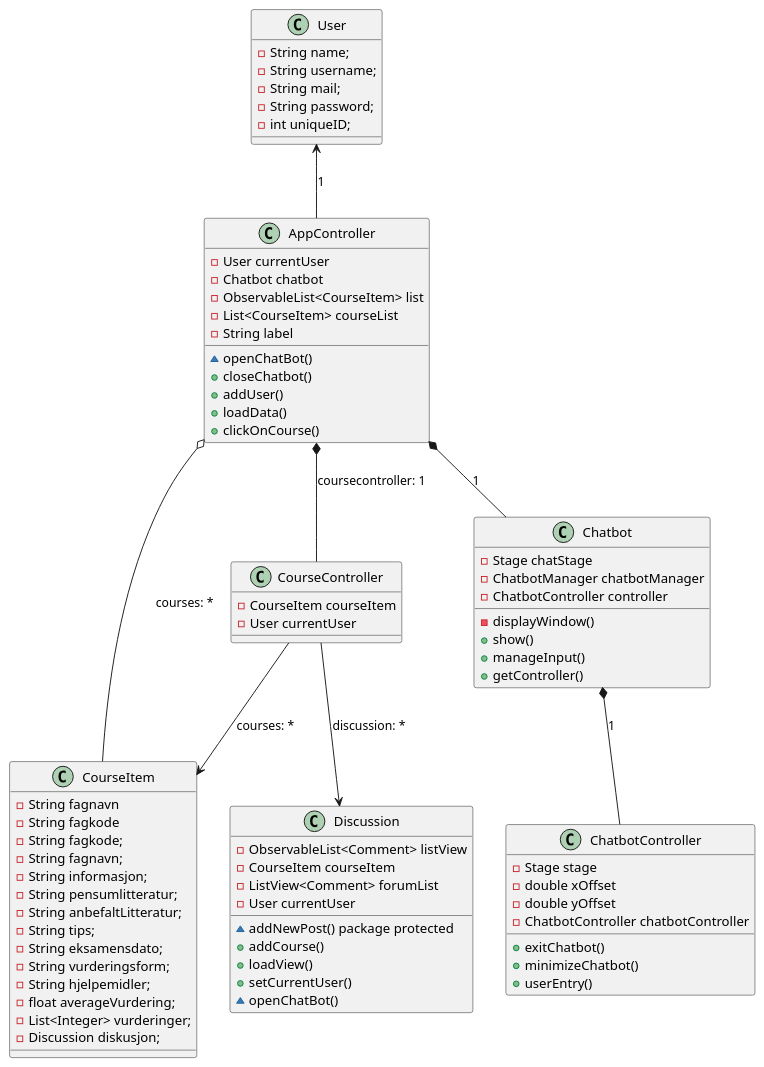
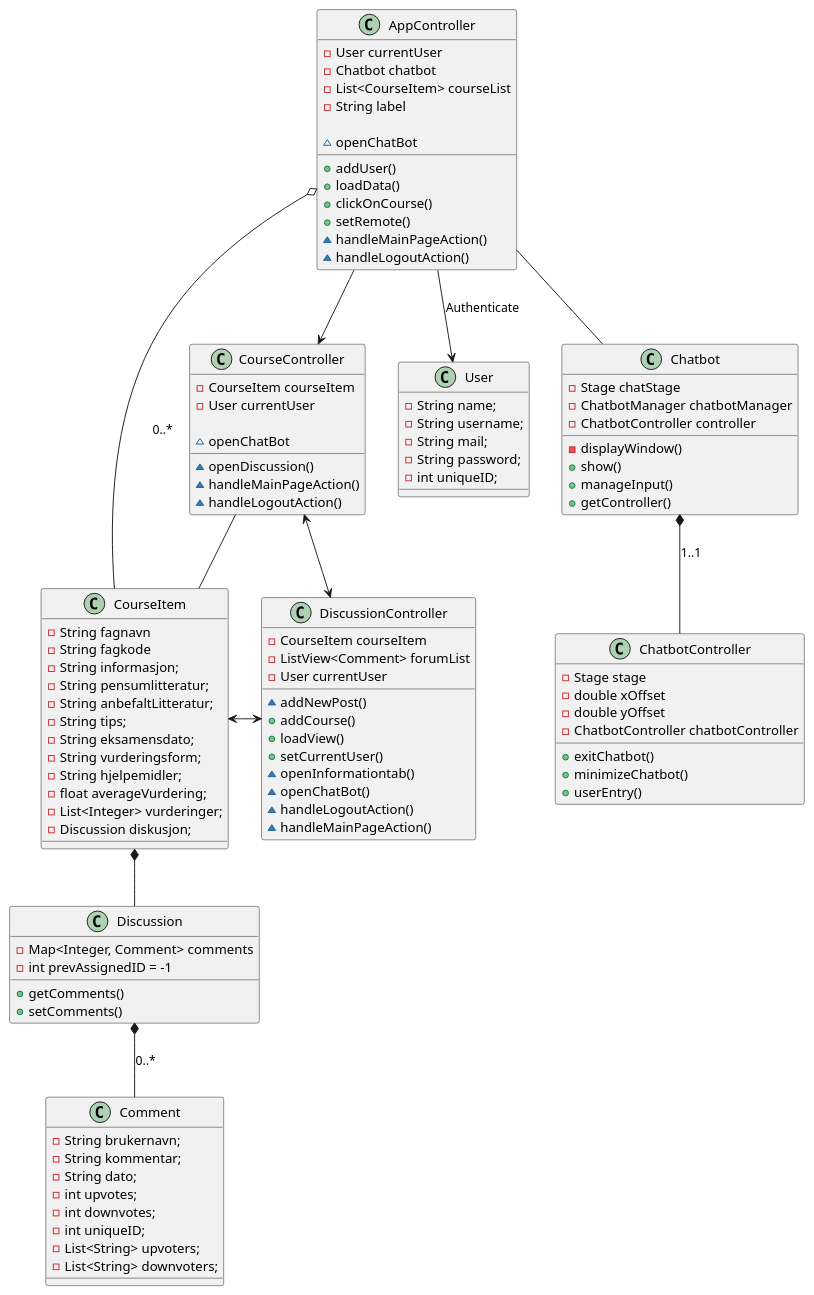
The diagram in StudIt/classDiagram.puml (hakonbjork/StudIt), drawn with PlantUML before and after one commit.

Commit message:
#70 updated class diagram

```diff
--- a/StudIt/classDiagram.puml
+++ b/StudIt/classDiagram.puml
@@ -1,98 +1,124 @@
 @startuml
 class CourseItem {
   - String fagnavn
   - String fagkode
-  - String fagkode;
-  - String fagnavn;
   - String informasjon;
   - String pensumlitteratur;
   - String anbefaltLitteratur;
   - String tips;
   - String eksamensdato;
   - String vurderingsform;
   - String hjelpemidler;
   - float averageVurdering;
   - List<Integer> vurderinger;
   - Discussion diskusjon;
 }
 
 
 class CourseController {
   - CourseItem courseItem
   - User currentUser
 
+  ~ openDiscussion()
+  ~ openChatBot
+  ~ handleMainPageAction()
+  ~ handleLogoutAction()
 }
 
 
-class Discussion {
-    - ObservableList<Comment> listView
+class DiscussionController {
     - CourseItem courseItem
     - ListView<Comment> forumList
     - User currentUser
 
-    ~ addNewPost() package protected
+    ~ addNewPost() 
     + addCourse()
     + loadView()
     + setCurrentUser()
+    ~ openInformationtab()
     ~ openChatBot()
+    ~ handleLogoutAction()
+    ~ handleMainPageAction()
+}
+
+class Discussion {
+    - Map<Integer, Comment> comments
+    - int prevAssignedID = -1
+
+    + getComments()
+    + setComments()
+}
+
+class Comment {
+    - String brukernavn;
+    - String kommentar;
+    - String dato;
+    - int upvotes;
+    - int downvotes;
+    - int uniqueID;
+    - List<String> upvoters;
+    - List<String> downvoters;
 }
 
 
 class User {
     - String name;
     - String username;
     - String mail;
     - String password;
     - int uniqueID;
 }
 
  
 class AppController {
     - User currentUser
     - Chatbot chatbot
-    - ObservableList<CourseItem> list
     - List<CourseItem> courseList
     - String label
 
-    ~ openChatBot()
-    + closeChatbot()
     + addUser()
     + loadData()
     + clickOnCourse()
+    + setRemote()
+    ~ openChatBot
+    ~ handleMainPageAction()
+    ~ handleLogoutAction()
 }
 
 class Chatbot{
     - Stage chatStage
     - ChatbotManager chatbotManager
     - ChatbotController controller
 
     - displayWindow()
     + show()
     + manageInput()
     + getController()
 }
 
 class ChatbotController {
     - Stage stage 
     - double xOffset 
     - double yOffset 
     - ChatbotController chatbotController
     
     + exitChatbot()
     + minimizeChatbot()
     + userEntry()
 }
 
 
 
+AppController o-- CourseItem: 0..*
+AppController --> CourseController
+AppController -- Chatbot
+Chatbot *-- ChatbotController: 1..1
 
-AppController o-- CourseItem: courses: *
-AppController *-- CourseController: coursecontroller: 1
-AppController *-- Chatbot: 1
-Chatbot *-- ChatbotController: 1
+CourseController -- CourseItem 
+CourseController <-> DiscussionController
+CourseItem <-> DiscussionController
+CourseItem *-- Discussion
+Discussion *-- Comment: 0..*
 
-CourseController --> CourseItem : courses: *
-CourseController --> Discussion : discussion: *
-
-User <-- AppController: 1
+AppController --> User: Authenticate
 @enduml
```
